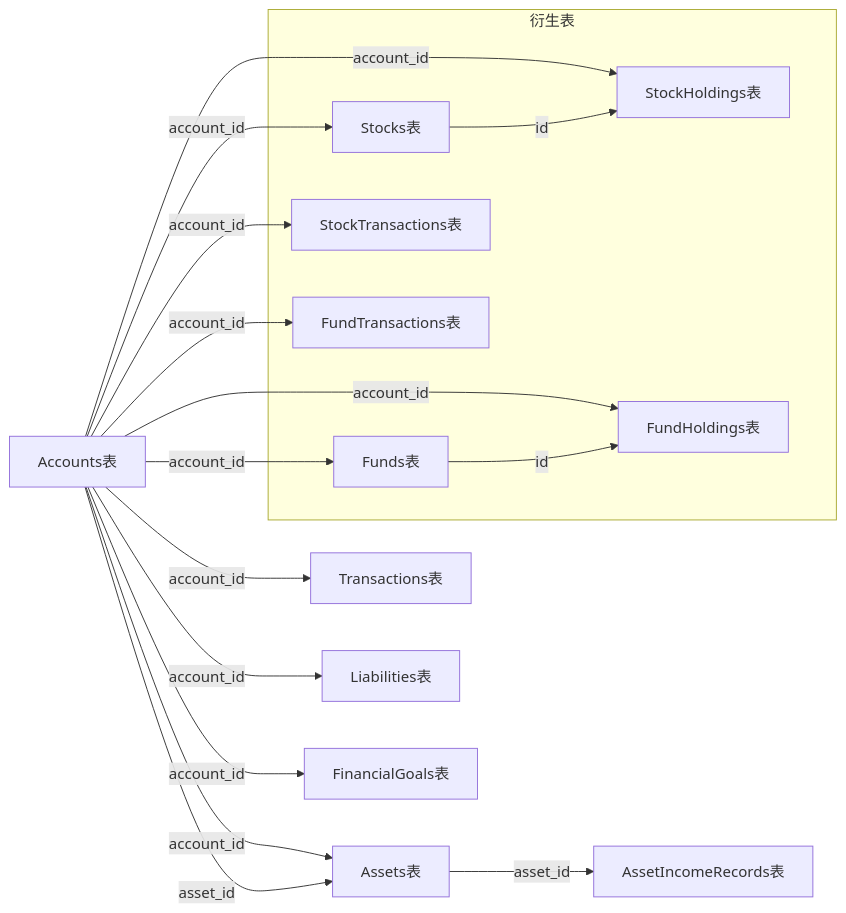
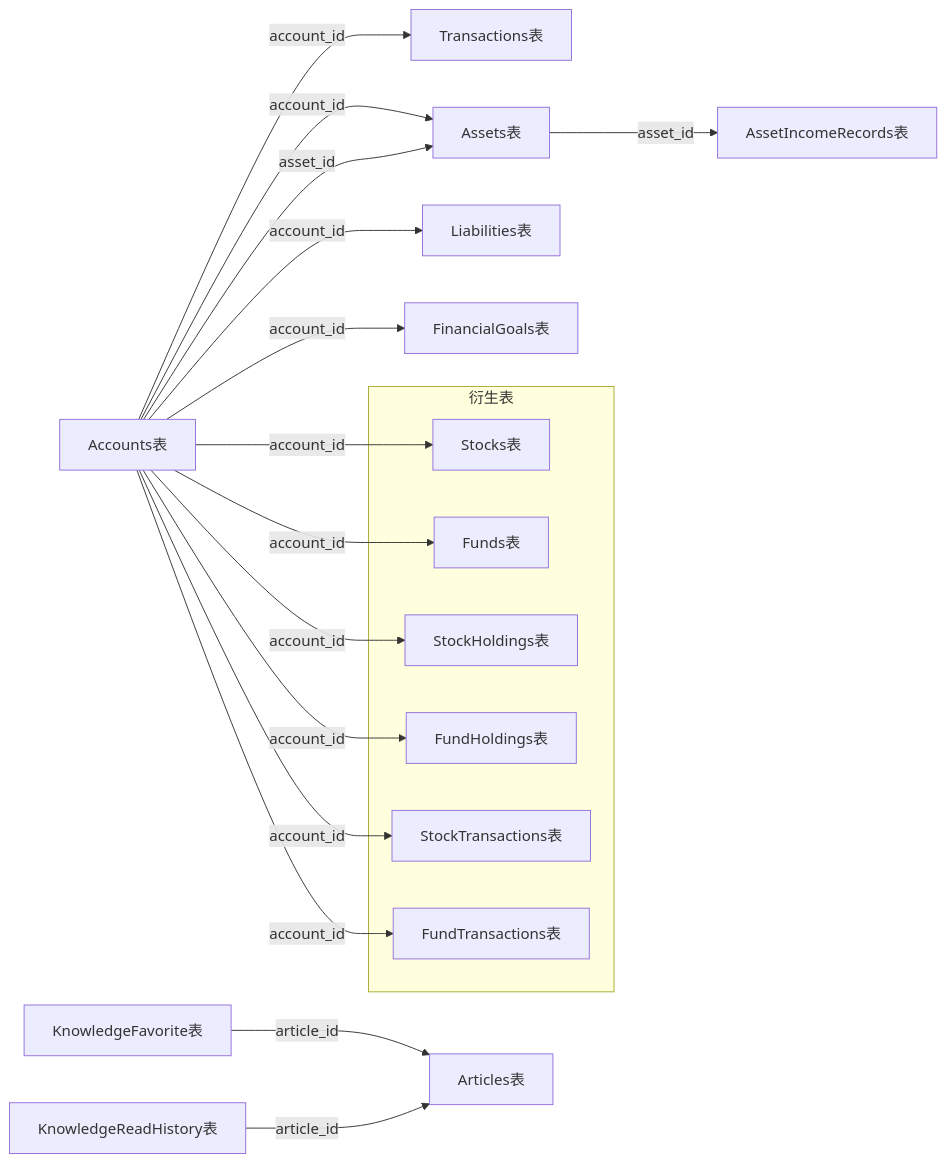
One commit to xiao-lin-unit/yuan changed diagram 11 of 11 in .qoder/repowiki/zh/content/数据库管理/数据库设计.md. Above: the diagram before and after it, drawn with Mermaid. The commit also changed other lines of this file and 16 other files, not shown here.

Commit message:
图片和图标处理

````diff
--- a/.qoder/repowiki/zh/content/数据库管理/数据库设计.md
+++ b/.qoder/repowiki/zh/content/数据库管理/数据库设计.md
@@ -625,25 +732,25 @@
 ```mermaid
 flowchart LR
 Accounts["Accounts表"] --> |account_id| Transactions["Transactions表"]
 Accounts --> |account_id| Assets["Assets表"]
 Accounts --> |asset_id| Assets
 Accounts --> |account_id| Liabilities["Liabilities表"]
 Accounts --> |account_id| FinancialGoals["FinancialGoals表"]
 Assets["Assets表"] --> |asset_id| AssetIncomeRecords["AssetIncomeRecords表"]
+KnowledgeFavorite["KnowledgeFavorite表"] --> |article_id| Articles["Articles表"]
+KnowledgeReadHistory["KnowledgeReadHistory表"] --> |article_id| Articles
 subgraph "衍生表"
 Stocks["Stocks表"]
 Funds["Funds表"]
 StockHoldings["StockHoldings表"]
 FundHoldings["FundHoldings表"]
 StockTransactions["StockTransactions表"]
 FundTransactions["FundTransactions表"]
 end
 Accounts --> |account_id| Stocks
 Accounts --> |account_id| Funds
 Accounts --> |account_id| StockHoldings
 Accounts --> |account_id| FundHoldings
 Accounts --> |account_id| StockTransactions
 Accounts --> |account_id| FundTransactions
-Stocks --> |id| StockHoldings
-Funds --> |id| FundHoldings
 ```
````
